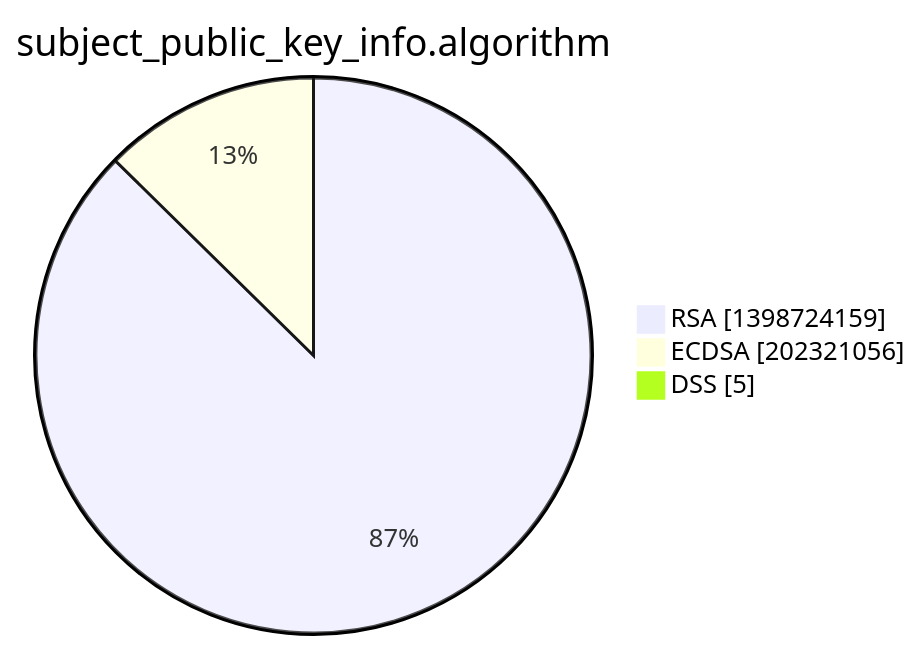
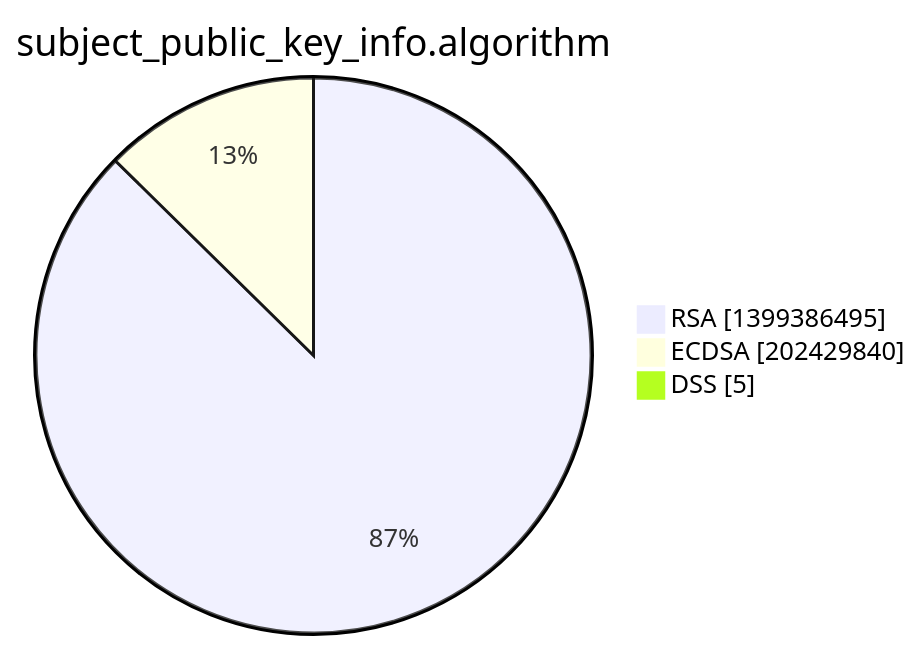
Before and after one commit to christiankrug/ctmonitor_visualization: the third of 15 diagrams in xenon2022/README.md, drawn with Mermaid. The commit also changed other lines of this file, not shown here.

````diff
--- a/xenon2022/README.md
+++ b/xenon2022/README.md
@@ -14,7 +14,7 @@
 ```mermaid
 pie showData
 title subject_public_key_info.algorithm
-"RSA" :1398724159
-"ECDSA" :202321056
+"RSA" :1399386495
+"ECDSA" :202429840
 "DSS" :5
 ```
````
